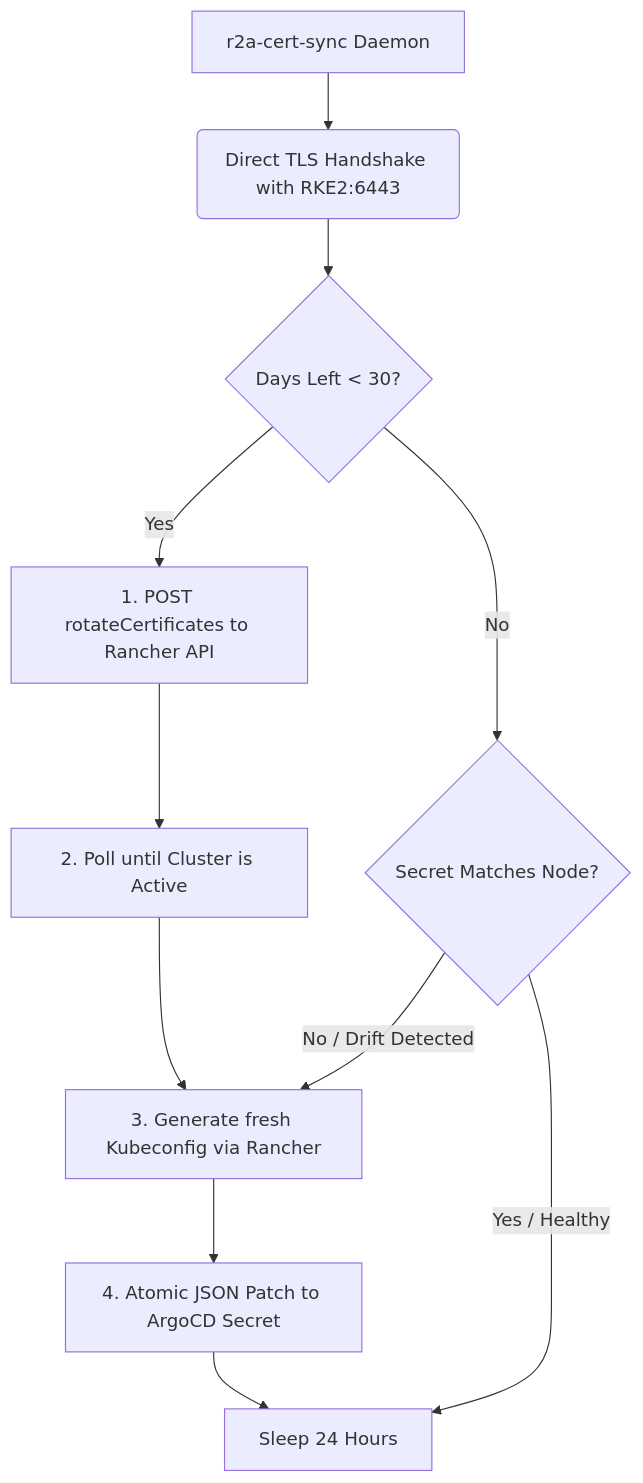
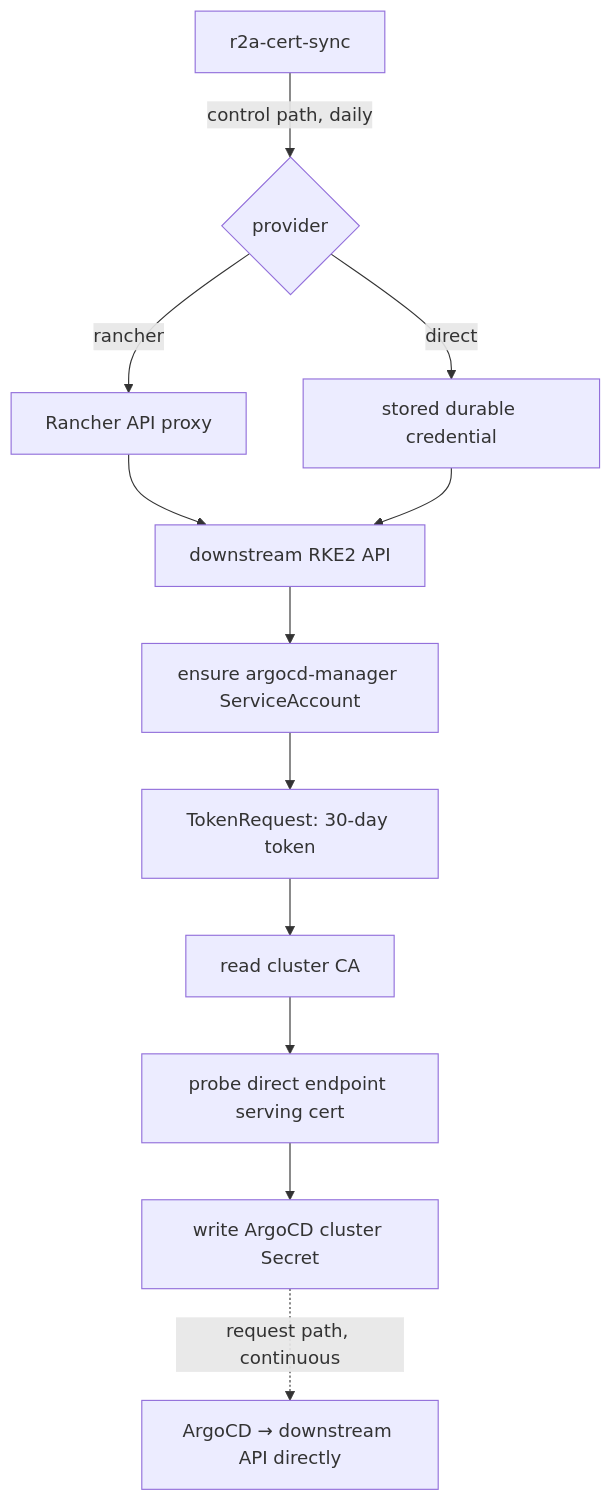
Before and after one commit to krisiasty/k2a-token-sync: the diagram in README.md, drawn with Mermaid. The commit also changed other lines of this file and 37 other files, not shown here.

````diff
--- a/README.md
+++ b/README.md
@@ -19,13 +34,14 @@
 ```mermaid
 graph TD
-    A[r2a-cert-sync Daemon] --> B(Direct TLS Handshake with RKE2:6443)
-    B --> C{Days Left < 30?}
-    C -- Yes --> D[1. POST rotateCertificates to Rancher API]
-    D --> E[2. Poll until Cluster is Active]
-    E --> F[3. Generate fresh Kubeconfig via Rancher]
-    F --> G[4. Atomic JSON Patch to ArgoCD Secret]
-    C -- No --> H{Secret Matches Node?}
-    H -- No / Drift Detected --> F
-    H -- Yes / Healthy --> I[Sleep 24 Hours]
-    G --> I
+    A[r2a-cert-sync] -->|control path, daily| B{provider}
+    B -->|rancher| C[Rancher API proxy]
+    B -->|direct| D[stored durable credential]
+    C --> E[downstream RKE2 API]
+    D --> E
+    E --> F[ensure argocd-manager ServiceAccount]
+    F --> G[TokenRequest: 30-day token]
+    G --> H[read cluster CA]
+    H --> I[probe direct endpoint serving cert]
+    I --> J[write ArgoCD cluster Secret]
+    J -.->|request path, continuous| K[ArgoCD → downstream API directly]
 ```
````
